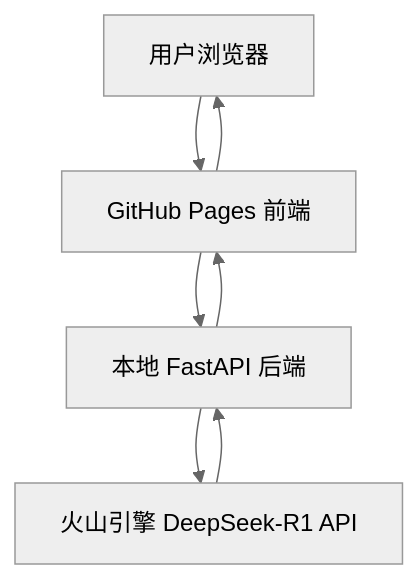
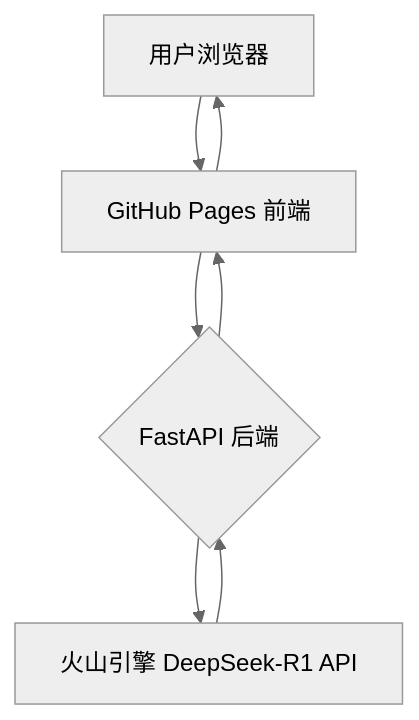
The diagram in ai-llm/README.CN.md (ktwu01/ktwu01), drawn with Mermaid (neutral theme) before and after one commit. The commit also changed other lines of this file, not shown here.

````diff
--- a/ai-llm/README.CN.md
+++ b/ai-llm/README.CN.md
@@ -60,9 +55,9 @@
 ```mermaid
 graph TB
     A[用户浏览器] --> B[GitHub Pages 前端]
-    B --> C[本地 FastAPI 后端]
+    B --> C{FastAPI 后端}
     C --> D[火山引擎 DeepSeek-R1 API]
     D --> C
     C --> B
     B --> A
 ```
````
